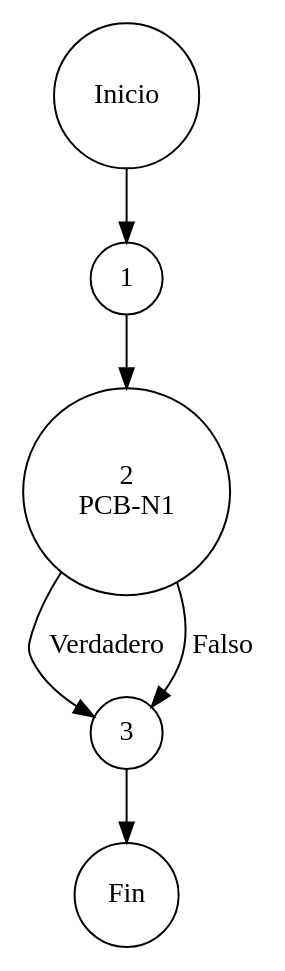
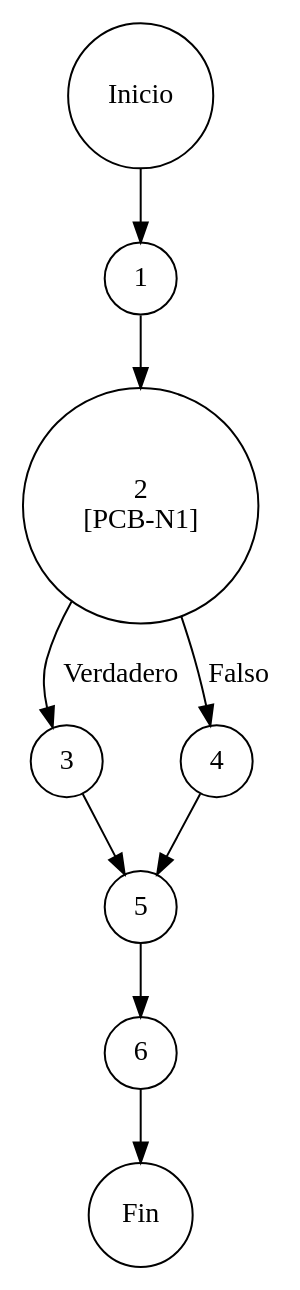
The diagram in pcb_analisis/PCB-015_Reporte.md (gitGabrielCruz/ERP_WALOOK_PCB), drawn with PlantUML before and after one commit. The commit also changed other lines of this file and 20 other files, not shown here.

````diff
--- a/pcb_analisis/PCB-015_Reporte.md
+++ b/pcb_analisis/PCB-015_Reporte.md
@@ -72,26 +64,28 @@
 ```plantuml
 @startuml
 digraph CFG_PCB015 {
 
 rankdir=TB
 node [shape=circle]
 
 I [label="Inicio"]
-
 N1 [label="1"]
-N2 [label="2\nPCB-N1"]
+N2 [label="2\n[PCB-N1]"]
 N3 [label="3"]
-
+N4 [label="4"]
+N5 [label="5"]
+N6 [label="6"]
 F [label="Fin"]
 
 I -> N1
 N1 -> N2
-
 N2 -> N3 [label="Verdadero"]
-N2 -> N3 [label="Falso"]
-
-N3 -> F
+N2 -> N4 [label="Falso"]
+N3 -> N5
+N4 -> N5
+N5 -> N6
+N6 -> F
 
 }
 @enduml
 ```
````
